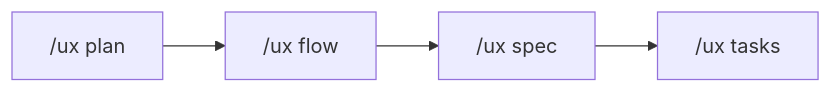
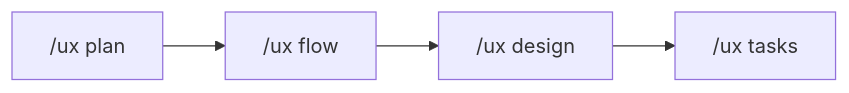
The first of 2 diagrams in CLAUDE.md (wondermove-cd/cd-claude-plugin), drawn with Mermaid before and after one commit. The commit also changed other lines of this file and 2 other files, not shown here.

Commit message:
feat: Add /ux design command for UI mockup proposal
- New command: /ux design - proposes screen layouts and UI components
- Analyzes existing design system (DESIGN_TOKENS.md, UX_PATTERNS.md)
- Generates wireframes with ASCII art
- Covers all states: loading, error, empty, edge cases
- Auto-activates ux-writing, accessibility, design-system skills
- Updates workflow: /ux plan → /ux flow → /ux design → /ux tasks
- Creates docs/design/ folder structure for screen specs

````diff
--- a/CLAUDE.md
+++ b/CLAUDE.md
@@ -50,6 +50,6 @@
 ```mermaid
 flowchart LR
     A["/ux plan"] --> B["/ux flow"]
-    B --> C["/ux spec"]
+    B --> C["/ux design"]
     C --> D["/ux tasks"]
 ```
````
